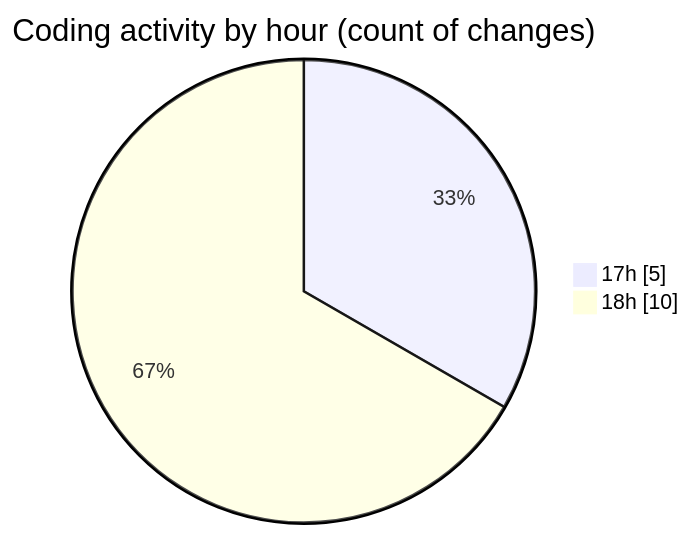
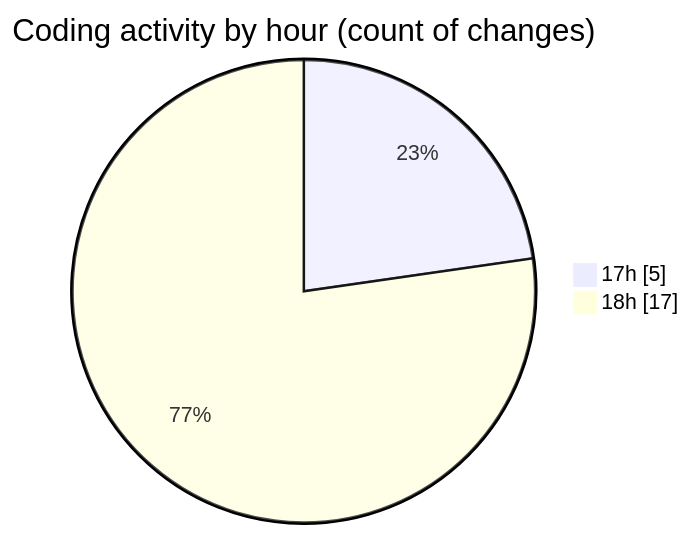
The second of 2 diagrams in 2025-01-01/uber_clone/README.md (donsfak/code-tracking), drawn with Mermaid before and after one commit. The commit also changed other lines of this file and 1 other file, not shown here.

````diff
--- a/2025-01-01/uber_clone/README.md
+++ b/2025-01-01/uber_clone/README.md
@@ -35,6 +35,6 @@
 ```mermaid
 pie showData
 title Coding activity by hour (count of changes)
 "17h" : 5
-"18h" : 10
+"18h" : 17
 ```
````
